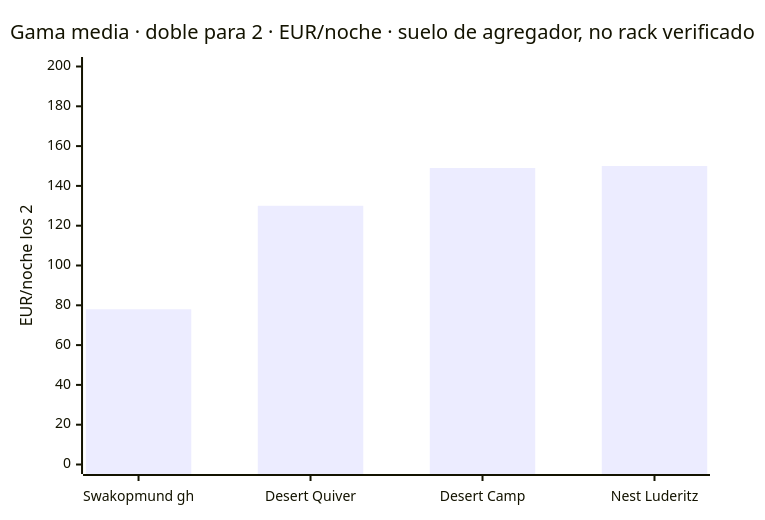
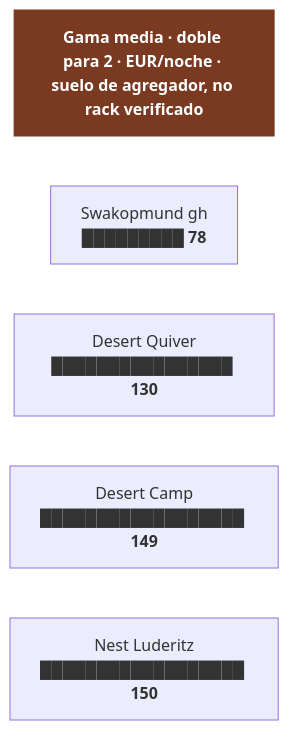
Before and after one commit to morandeirachema/namibia: the seventh of 7 diagrams in 08-huecos-cerrados.md, drawn with Mermaid. The commit also changed other lines of this file and 9 other files, not shown here.

Commit message:
Cambiar los 23 graficos xychart-beta por barras de flowchart: GitHub no renderiza los tipos beta de Mermaid

````diff
--- a/08-huecos-cerrados.md
+++ b/08-huecos-cerrados.md
@@ -779,7 +819,13 @@
 ```mermaid
-xychart-beta
-    title "Gama media · doble para 2 · EUR/noche · suelo de agregador, no rack verificado"
-    x-axis ["Swakopmund gh", "Desert Quiver", "Desert Camp", "Nest Luderitz"]
-    y-axis "EUR/noche los 2" 0 --> 200
-    bar [78, 130, 149, 150]
+flowchart TD
+    T["<b>Gama media · doble para 2 · EUR/noche · suelo de agregador, no rack verificado</b>"]
+    n0["Swakopmund gh<br/>█████████ <b>78</b>"]
+    n1["Desert Quiver<br/>████████████████ <b>130</b>"]
+    n2["Desert Camp<br/>██████████████████ <b>149</b>"]
+    n3["Nest Luderitz<br/>██████████████████ <b>150</b>"]
+    T ~~~ n0
+    n0 ~~~ n1
+    n1 ~~~ n2
+    n2 ~~~ n3
+    style T fill:#7a3a22,color:#fff,stroke:#7a3a22
 ```
````
